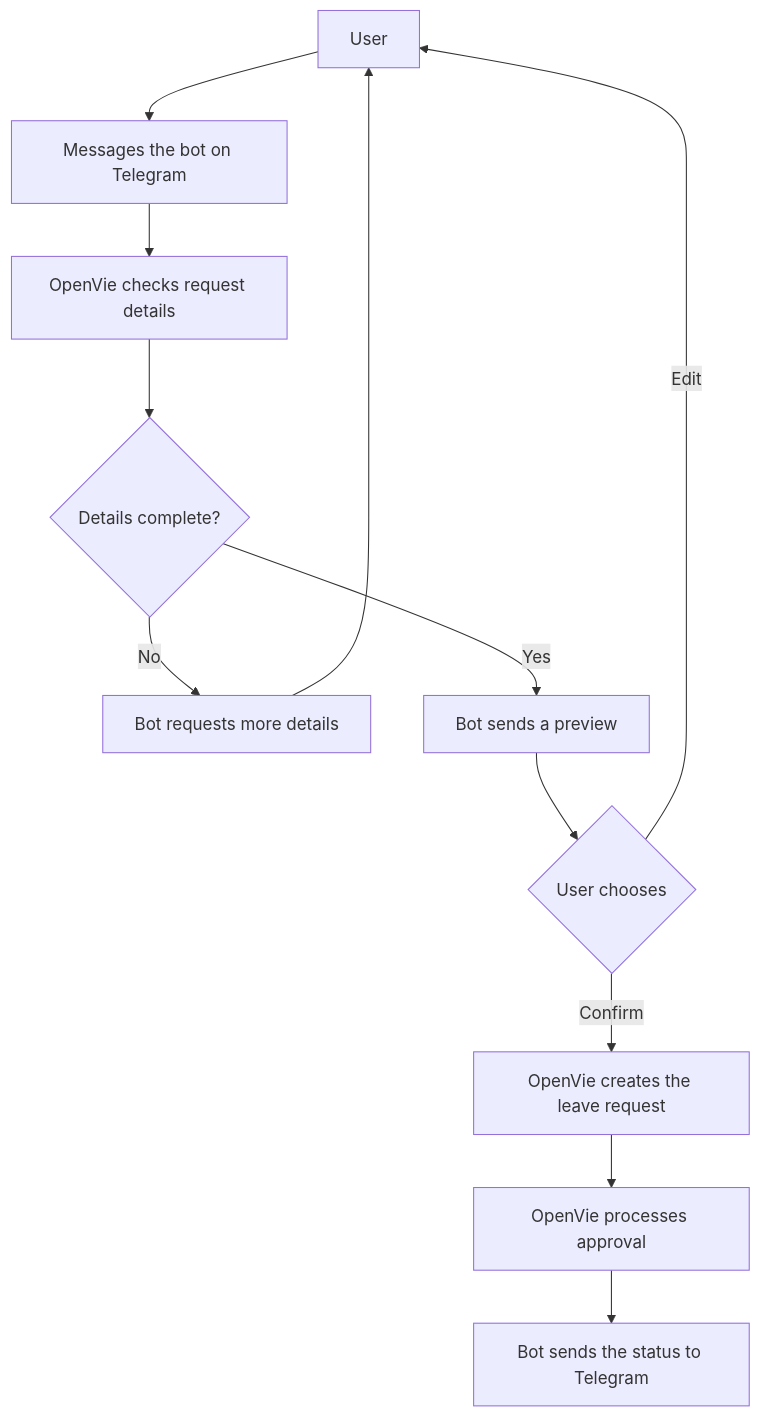
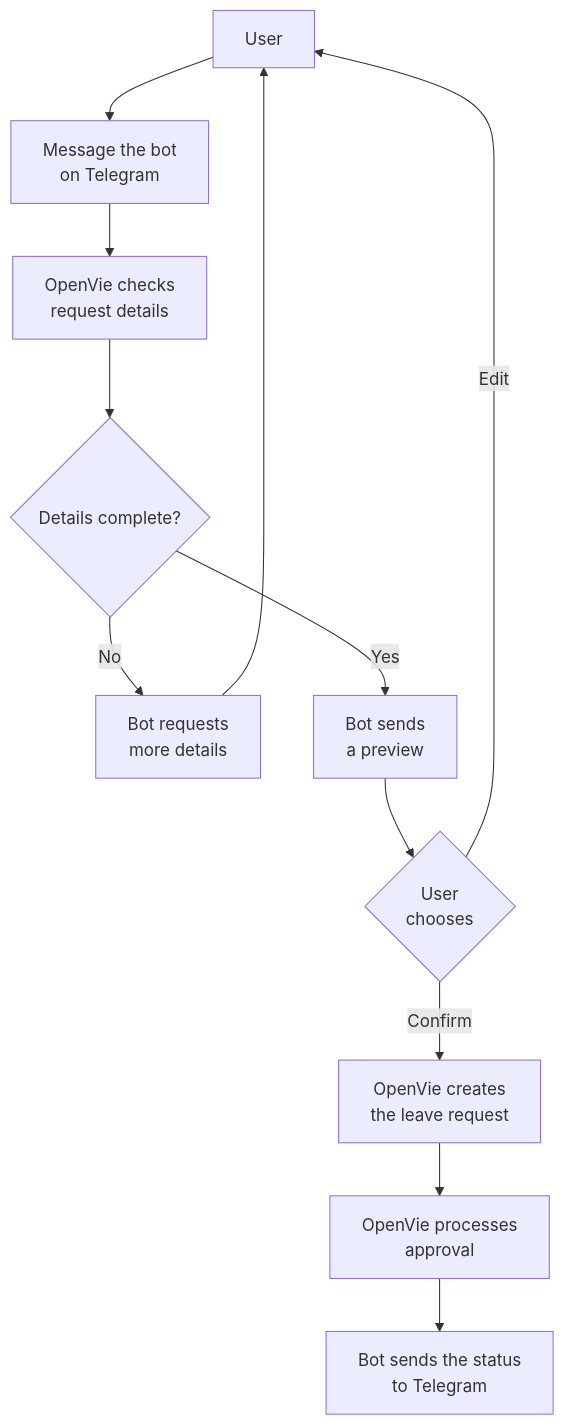
The second of 2 diagrams in README.md (OpenVie/openvie-telegram-leave-bot), drawn with Mermaid before and after one commit. The commit also changed other lines of this file, not shown here.

Commit message:
docs: wrap request flow labels

````diff
--- a/README.md
+++ b/README.md
@@ -183,14 +183,14 @@
 ```mermaid
 flowchart TD
-    user[User] --> telegram[Messages the bot on Telegram]
-    telegram --> chat[OpenVie checks request details]
+    user[User] --> telegram[Message the bot<br/>on Telegram]
+    telegram --> chat[OpenVie checks<br/>request details]
     chat --> complete{Details complete?}
-    complete -- No --> ask[Bot requests more details]
+    complete -- No --> ask[Bot requests<br/>more details]
     ask --> user
-    complete -- Yes --> preview[Bot sends a preview]
-    preview --> choice{User chooses}
+    complete -- Yes --> preview[Bot sends<br/>a preview]
+    preview --> choice{User<br/>chooses}
     choice -- Edit --> user
-    choice -- Confirm --> request[OpenVie creates the leave request]
-    request --> approval[OpenVie processes approval]
-    approval --> notification[Bot sends the status to Telegram]
+    choice -- Confirm --> request[OpenVie creates<br/>the leave request]
+    request --> approval[OpenVie processes<br/>approval]
+    approval --> notification[Bot sends the status<br/>to Telegram]
 ```
````
